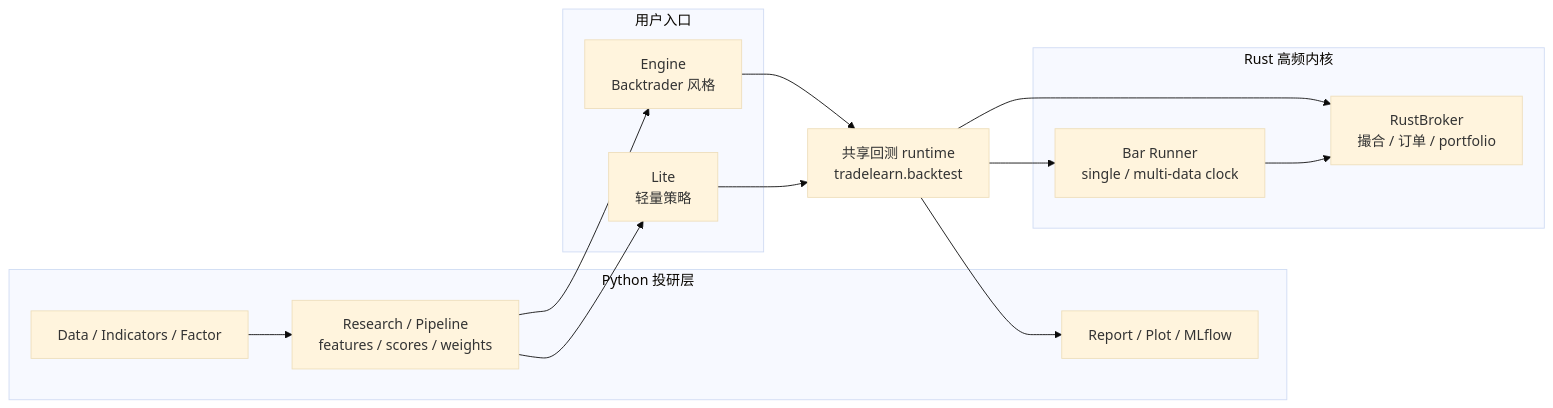
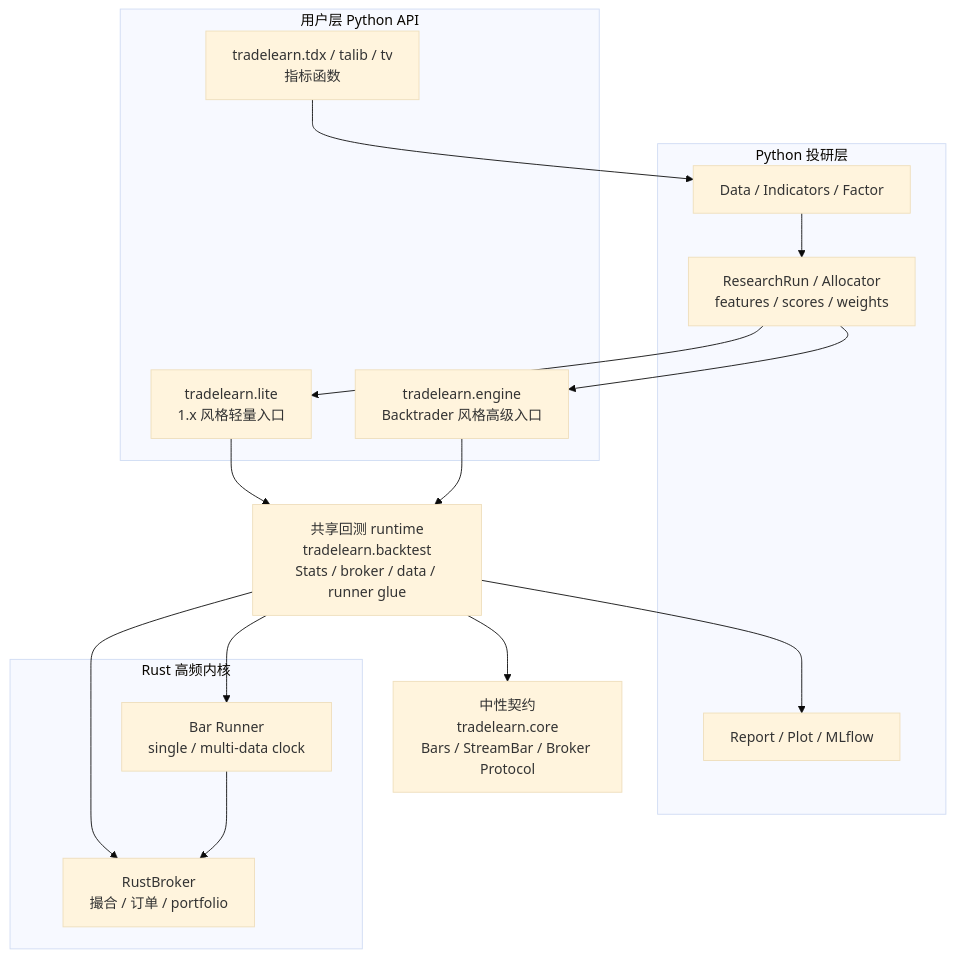
Before and after one commit to MuuYesen/trade-learn: the diagram in docs/concepts/architecture.md, drawn with Mermaid (base theme). The commit also changed other lines of this file and 7 other files, not shown here.

````diff
--- a/docs/concepts/architecture.md
+++ b/docs/concepts/architecture.md
@@ -5,30 +5,35 @@
 ```mermaid
-flowchart LR
-    subgraph user[用户入口]
-        lite[Lite\n轻量策略]
-        engine[Engine\nBacktrader 风格]
+flowchart TB
+    subgraph user[用户层 Python API]
+        lite[tradelearn.lite\n1.x 风格轻量入口]
+        engine[tradelearn.engine\nBacktrader 风格高级入口]
+        ta[tradelearn.tdx / talib / tv\n指标函数]
     end
 
     subgraph research[Python 投研层]
         data[Data / Indicators / Factor]
-        pipeline[Research / Pipeline\nfeatures / scores / weights]
+        pipeline[ResearchRun / Allocator\nfeatures / scores / weights]
         report[Report / Plot / MLflow]
     end
 
-    runtime[共享回测 runtime\ntradelearn.backtest]
+    runtime[共享回测 runtime\ntradelearn.backtest\nStats / broker / data / runner glue]
+
+    core[中性契约\ntradelearn.core\nBars / StreamBar / Broker Protocol]
 
     subgraph rust[Rust 高频内核]
         runner[Bar Runner\nsingle / multi-data clock]
         broker[RustBroker\n撮合 / 订单 / portfolio]
     end
 
+    lite --> runtime
+    engine --> runtime
+    ta --> data
     data --> pipeline
     pipeline --> engine
     pipeline --> lite
-    engine --> runtime
-    lite --> runtime
+    runtime --> core
     runtime --> runner
     runtime --> broker
     runner --> broker
     runtime --> report
 ```
````
